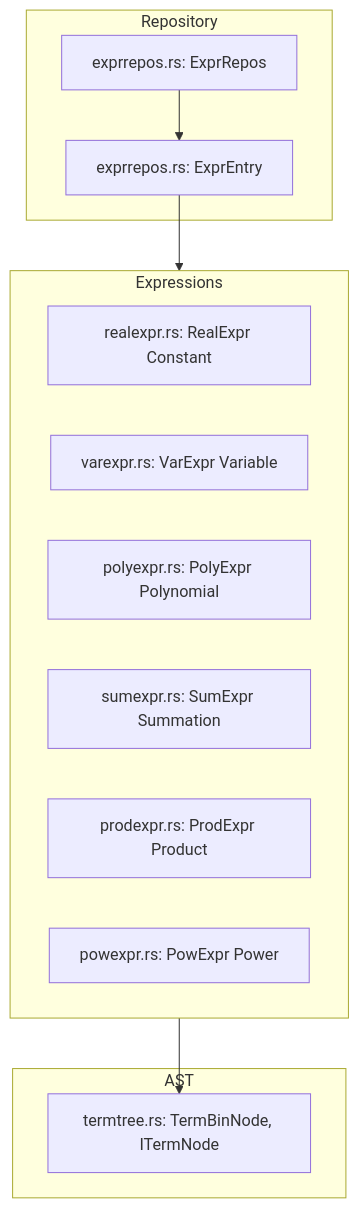
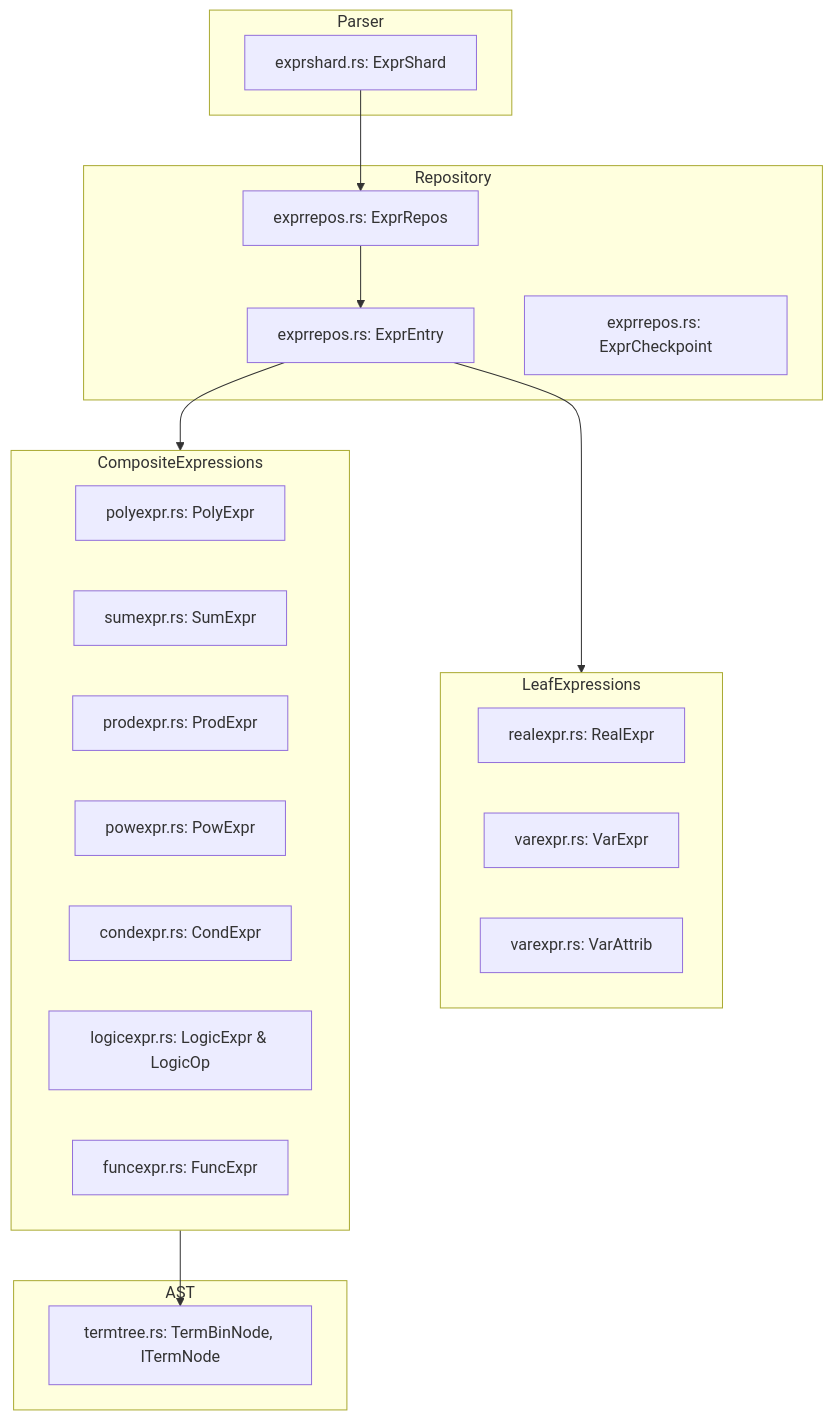
The diagram in wiki/modules/fresco.md (jswarup/Trellis), drawn with Mermaid before and after one commit. The commit also changed other lines of this file and 6 other files, not shown here.

````diff
--- a/wiki/modules/fresco.md
+++ b/wiki/modules/fresco.md
@@ -22,22 +24,34 @@
 ```mermaid
 flowchart TD
     subgraph Repository
-        ExprRepos[exprrepos.rs: ExprRepos]
-        ExprEntry[exprrepos.rs: ExprEntry]
+        ExprRepos["exprrepos.rs: ExprRepos"]
+        ExprEntry["exprrepos.rs: ExprEntry"]
+        ExprCheckpoint["exprrepos.rs: ExprCheckpoint"]
     end
-    subgraph Expressions
-        RealExpr[realexpr.rs: RealExpr Constant]
-        VarExpr[varexpr.rs: VarExpr Variable]
-        PolyExpr[polyexpr.rs: PolyExpr Polynomial]
-        SumExpr[sumexpr.rs: SumExpr Summation]
-        ProdExpr[prodexpr.rs: ProdExpr Product]
-        PowExpr[powexpr.rs: PowExpr Power]
+    subgraph Parser
+        ExprShard["exprshard.rs: ExprShard"]
+    end
+    subgraph LeafExpressions
+        RealExpr["realexpr.rs: RealExpr"]
+        VarExpr["varexpr.rs: VarExpr"]
+        VarAttrib["varexpr.rs: VarAttrib"]
+    end
+    subgraph CompositeExpressions
+        PolyExpr["polyexpr.rs: PolyExpr"]
+        SumExpr["sumexpr.rs: SumExpr"]
+        ProdExpr["prodexpr.rs: ProdExpr"]
+        PowExpr["powexpr.rs: PowExpr"]
+        CondExpr["condexpr.rs: CondExpr"]
+        LogicExpr["logicexpr.rs: LogicExpr & LogicOp"]
+        FuncExpr["funcexpr.rs: FuncExpr"]
     end
     subgraph AST
-        TermTree[termtree.rs: TermBinNode, ITermNode]
+        TermTree["termtree.rs: TermBinNode, ITermNode"]
     end
 
+    ExprShard --> ExprRepos
     ExprRepos --> ExprEntry
-    ExprEntry --> Expressions
-    Expressions --> TermTree
+    ExprEntry --> LeafExpressions
+    ExprEntry --> CompositeExpressions
+    CompositeExpressions --> TermTree
 ```
````
